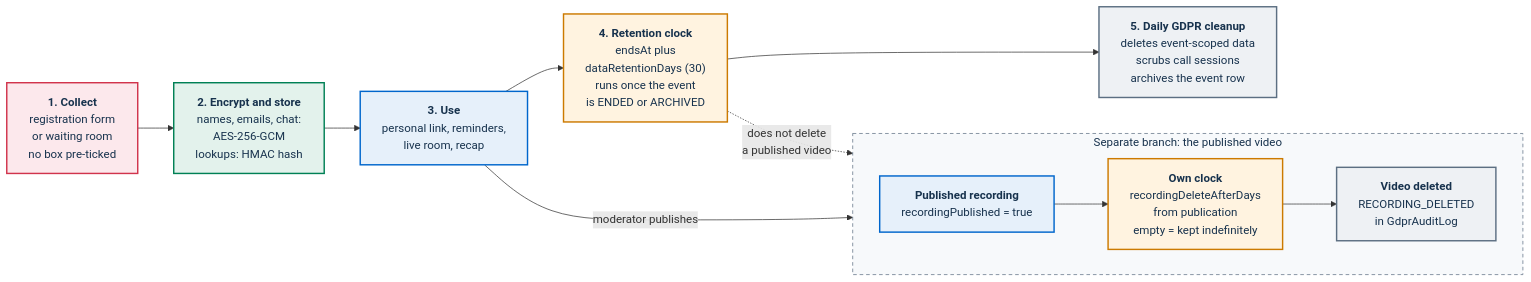
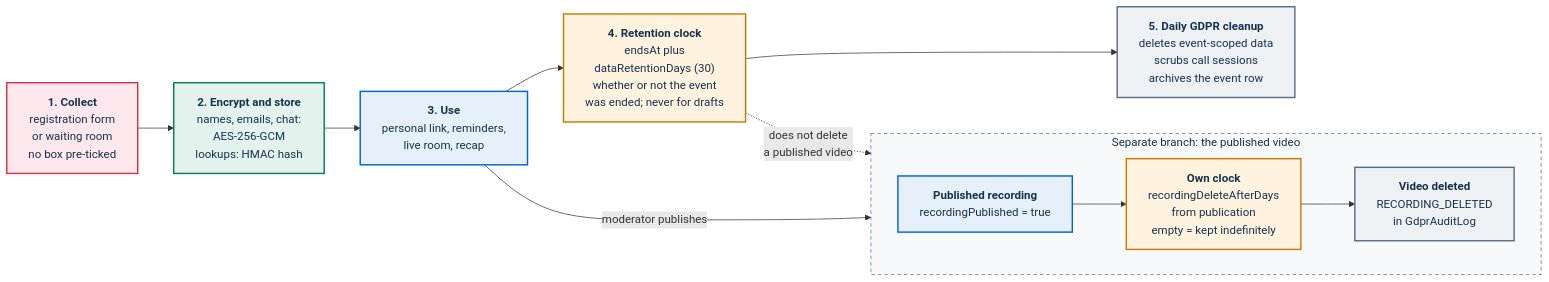
Before and after one commit to italia/pa-webinar: the second of 3 diagrams in docs/GDPR.md, drawn with Mermaid. The commit also changed other lines of this file and 45 other files, not shown here.

````diff
--- a/docs/GDPR.md
+++ b/docs/GDPR.md
@@ -170,28 +170,28 @@
 ```mermaid
 flowchart LR
   classDef risk fill:#FCE8EC,stroke:#D1344C,stroke-width:2px,color:#17324D
   classDef data fill:#E3F2EC,stroke:#008055,stroke-width:2px,color:#17324D
   classDef portal fill:#E6F0FA,stroke:#0066CC,stroke-width:2px,color:#17324D
   classDef job fill:#FFF3E0,stroke:#CC7A00,stroke-width:2px,color:#17324D
   classDef ext fill:#EEF1F4,stroke:#5C6F82,stroke-width:2px,color:#17324D
 
   C["<b>1. Collect</b><br/>registration form<br/>or waiting room<br/>no box pre-ticked"]:::risk
   S["<b>2. Encrypt and store</b><br/>names, emails, chat:<br/>AES-256-GCM<br/>lookups: HMAC hash"]:::data
   U["<b>3. Use</b><br/>personal link, reminders,<br/>live room, recap"]:::portal
-  R["<b>4. Retention clock</b><br/>endsAt plus<br/>dataRetentionDays (30)<br/>runs once the event<br/>is ENDED or ARCHIVED"]:::job
+  R["<b>4. Retention clock</b><br/>endsAt plus<br/>dataRetentionDays (30)<br/>whether or not the event<br/>was ended; never for drafts"]:::job
   X["<b>5. Daily GDPR cleanup</b><br/>deletes event-scoped data<br/>scrubs call sessions<br/>archives the event row"]:::ext
 
   C --> S --> U --> R --> X
 
   subgraph EXEMPT["Separate branch: the published video"]
     direction LR
     P["<b>Published recording</b><br/>recordingPublished = true"]:::portal
     K["<b>Own clock</b><br/>recordingDeleteAfterDays<br/>from publication<br/>empty = kept indefinitely"]:::job
     D["<b>Video deleted</b><br/>RECORDING_DELETED<br/>in GdprAuditLog"]:::ext
     P --> K --> D
   end
   style EXEMPT fill:#F7F9FB,stroke:#5C6F82,stroke-dasharray:5 4,color:#17324D
 
   U -->|"moderator publishes"| P
   R -.->|"does not delete<br/>a published video"| P
 ```
````
